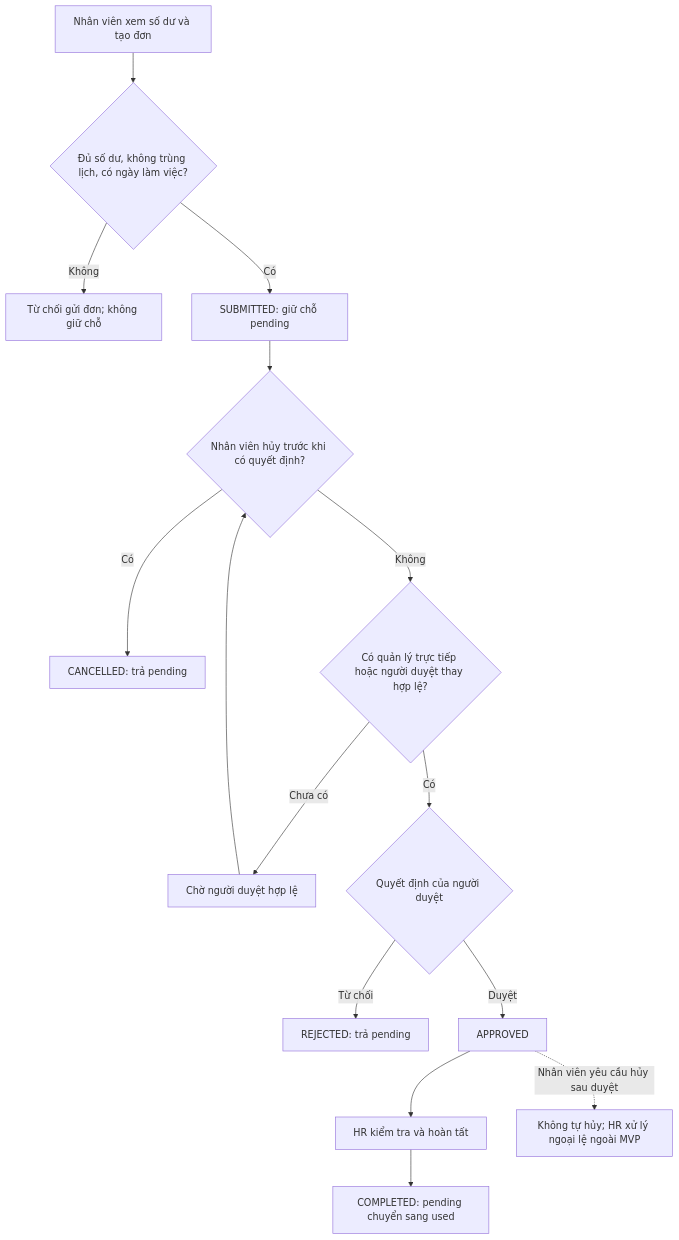
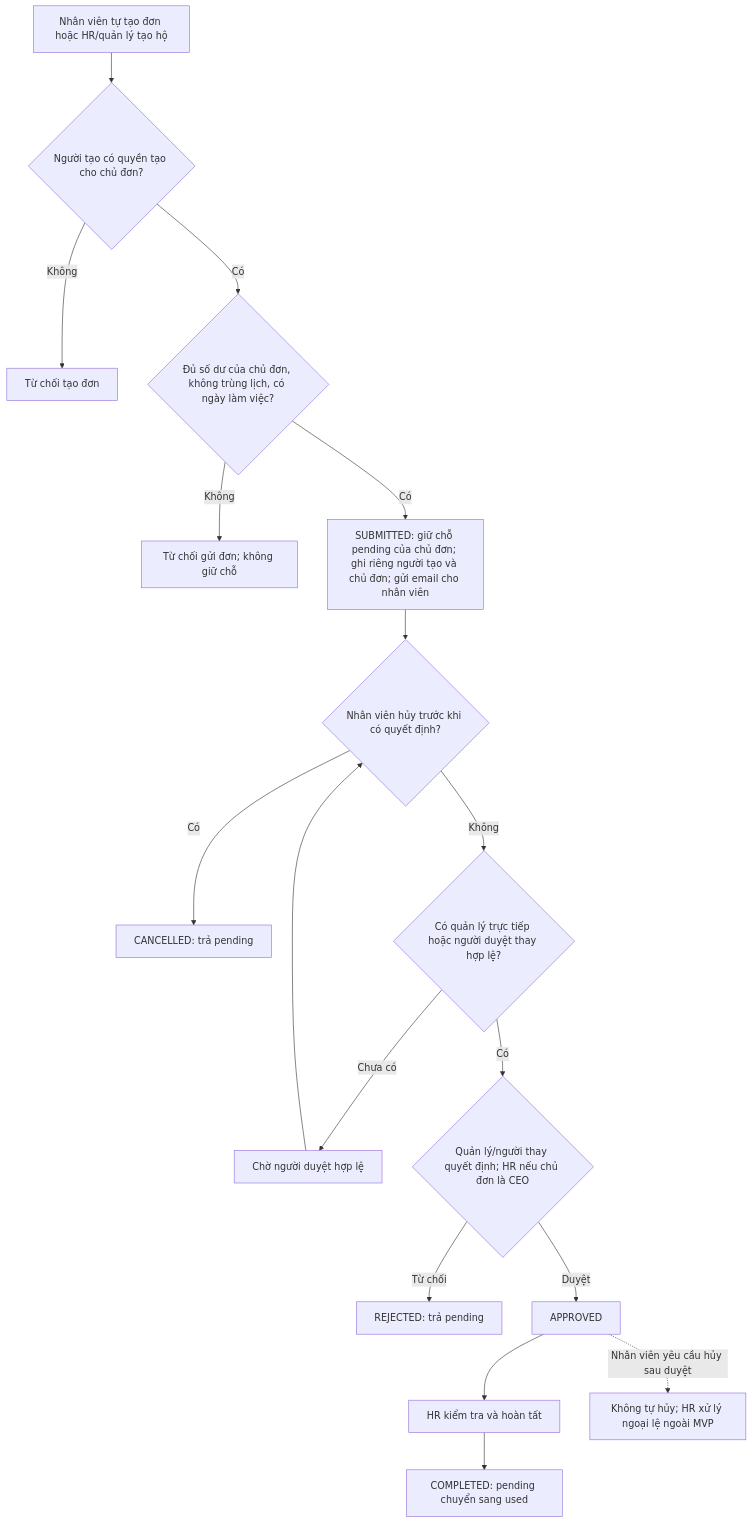
One commit to Acerchicken/HR-Enterprise-Platform changed the diagram in docs/business/leave-rules.md. Above: the diagram before and after it, drawn with Mermaid. The commit also changed other lines of this file and 3 other files, not shown here.

````diff
--- a/docs/business/leave-rules.md
+++ b/docs/business/leave-rules.md
@@ -25,17 +26,19 @@
 ```mermaid
 flowchart TD
-    A[Nhân viên xem số dư và tạo đơn] --> B{Đủ số dư, không trùng lịch, có ngày làm việc?}
-    B -- Không --> X[Từ chối gửi đơn; không giữ chỗ]
-    B -- Có --> C[SUBMITTED: giữ chỗ pending]
+    A[Nhân viên tự tạo đơn hoặc HR/quản lý tạo hộ] --> P{Người tạo có quyền tạo cho chủ đơn?}
+    P -- Không --> X1[Từ chối tạo đơn]
+    P -- Có --> B{Đủ số dư của chủ đơn, không trùng lịch, có ngày làm việc?}
+    B -- Không --> X2[Từ chối gửi đơn; không giữ chỗ]
+    B -- Có --> C[SUBMITTED: giữ chỗ pending của chủ đơn; ghi riêng người tạo và chủ đơn; gửi email cho nhân viên]
     C --> G{Nhân viên hủy trước khi có quyết định?}
     G -- Có --> H[CANCELLED: trả pending]
     G -- Không --> D{Có quản lý trực tiếp hoặc người duyệt thay hợp lệ?}
     D -- Chưa có --> W[Chờ người duyệt hợp lệ]
     W --> G
-    D -- Có --> E{Quyết định của người duyệt}
+    D -- Có --> E{Quản lý/người thay quyết định; HR nếu chủ đơn là CEO}
     E -- Từ chối --> R[REJECTED: trả pending]
     E -- Duyệt --> F[APPROVED]
     F --> I[HR kiểm tra và hoàn tất]
     I --> J[COMPLETED: pending chuyển sang used]
     F -. Nhân viên yêu cầu hủy sau duyệt .-> K[Không tự hủy; HR xử lý ngoại lệ ngoài MVP]
 ```
````
